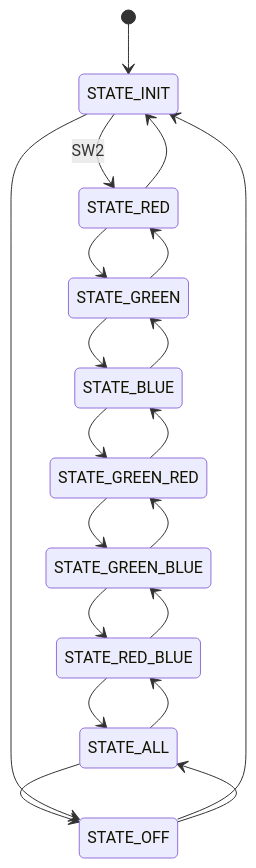
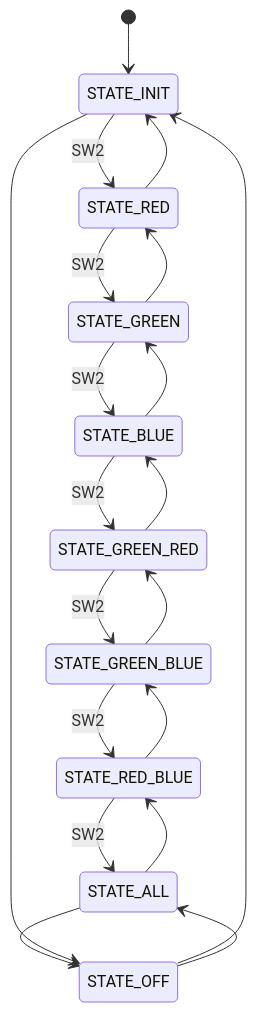
One commit to AngelMzno/iodraw-files changed the diagram in all/Mapa de Estado.md. Above: the diagram before and after it, drawn with Mermaid.

Commit message:
2024-09-03 19:55:47 update

````diff
--- a/all/Mapa de Estado.md
+++ b/all/Mapa de Estado.md
@@ -1,26 +1,26 @@
 ```mermaid
 stateDiagram-v2 
 [*]-->STATE_INIT 
 STATE_INIT -->  STATE_RED :SW2
-STATE_RED --> STATE_GREEN
-STATE_GREEN-->STATE_BLUE
-STATE_BLUE -->STATE_GREEN_RED
-STATE_GREEN_RED -->STATE_GREEN_BLUE
-STATE_GREEN_BLUE-->STATE_RED_BLUE
-STATE_RED_BLUE-->STATE_ALL
+STATE_RED --> STATE_GREEN:SW2
+STATE_GREEN-->STATE_BLUE:SW2
+STATE_BLUE -->STATE_GREEN_RED:SW2
+STATE_GREEN_RED -->STATE_GREEN_BLUE:SW2
+STATE_GREEN_BLUE-->STATE_RED_BLUE:SW2
+STATE_RED_BLUE-->STATE_ALL:SW2
 STATE_ALL-->STATE_OFF
 STATE_OFF-->STATE_INIT
 
 STATE_INIT --> STATE_OFF
 STATE_RED --> STATE_INIT
 STATE_GREEN-->STATE_RED
 STATE_BLUE -->STATE_GREEN
 STATE_GREEN_RED -->STATE_BLUE
 STATE_GREEN_BLUE-->STATE_GREEN_RED
 STATE_RED_BLUE-->STATE_GREEN_BLUE
 STATE_ALL-->STATE_RED_BLUE
 STATE_OFF-->STATE_ALL
 
 
 
 ```
````
